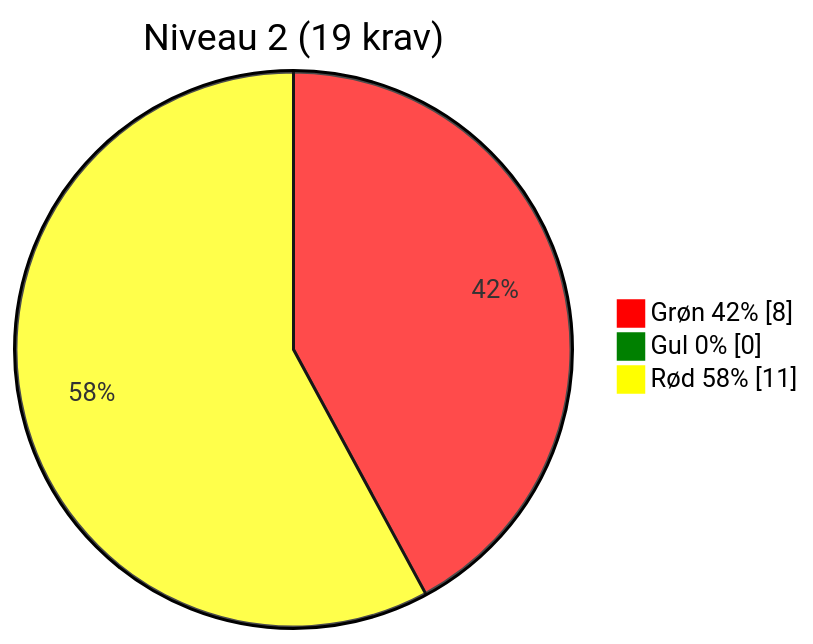
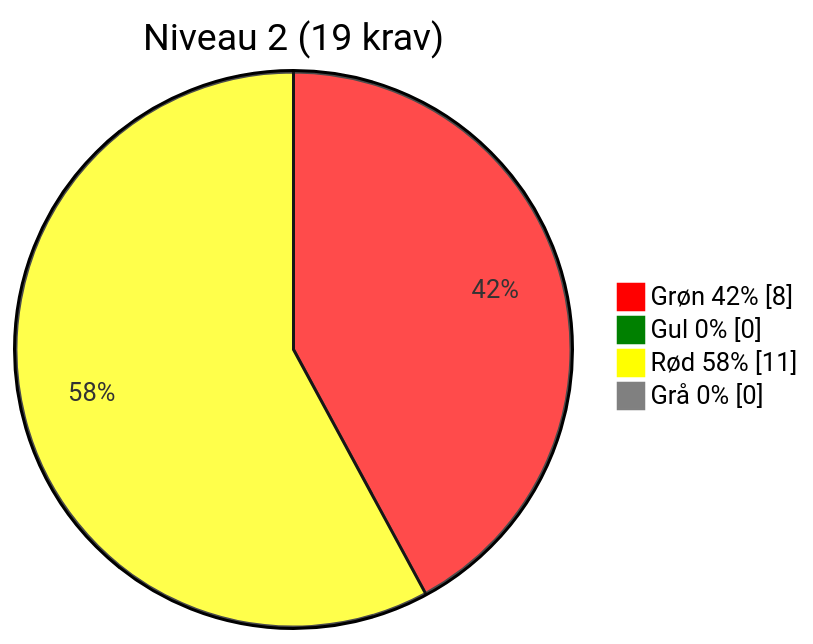
The third of 5 diagrams in docs/audits/os2-test_assessment.md (OS2offdig/os2-product-reviews), drawn with Mermaid before and after one commit. The commit also changed other lines of this file, not shown here.

````diff
--- a/docs/audits/os2-test_assessment.md
+++ b/docs/audits/os2-test_assessment.md
@@ -126,10 +128,11 @@
 ```mermaid
 %%{init: {"themeVariables": {
- "pie1": "#FF0000", "pie2": "#008000", "pie3": "#FFFF00"
+ "pie1": "#FF0000", "pie2": "#008000", "pie3": "#FFFF00", "pie4": "#808080"
 }}}%%
 pie showData
  title Niveau 2 (19 krav)
  "Grøn 42%" : 8
  "Gul 0%" : 0
  "Rød 58%" : 11
+ "Grå 0%" : 0
 ```
````
